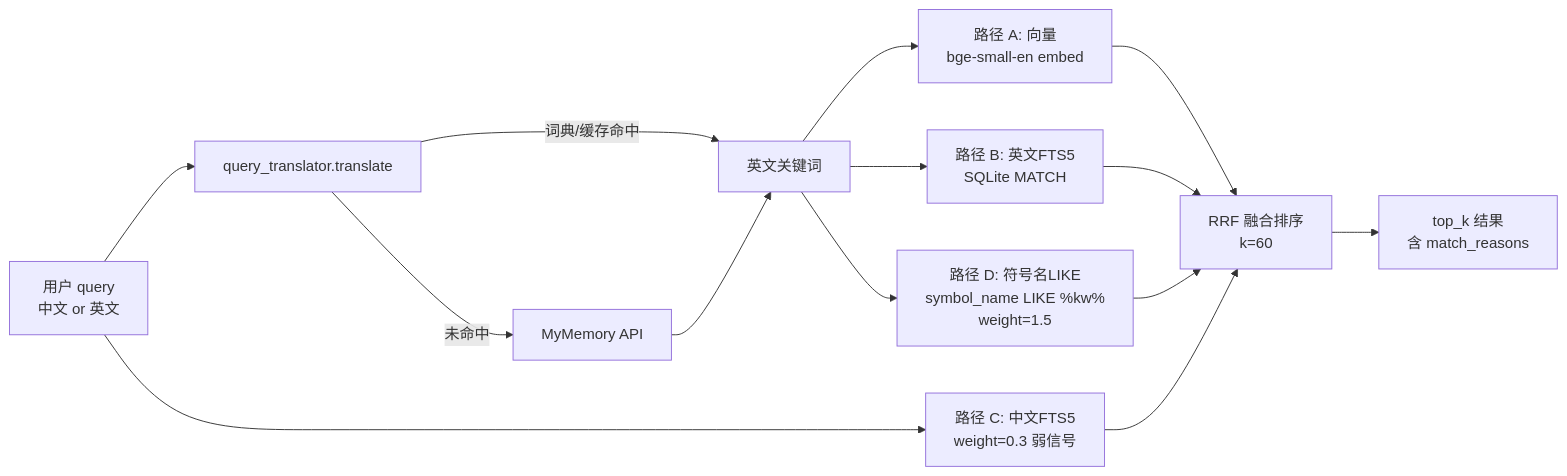
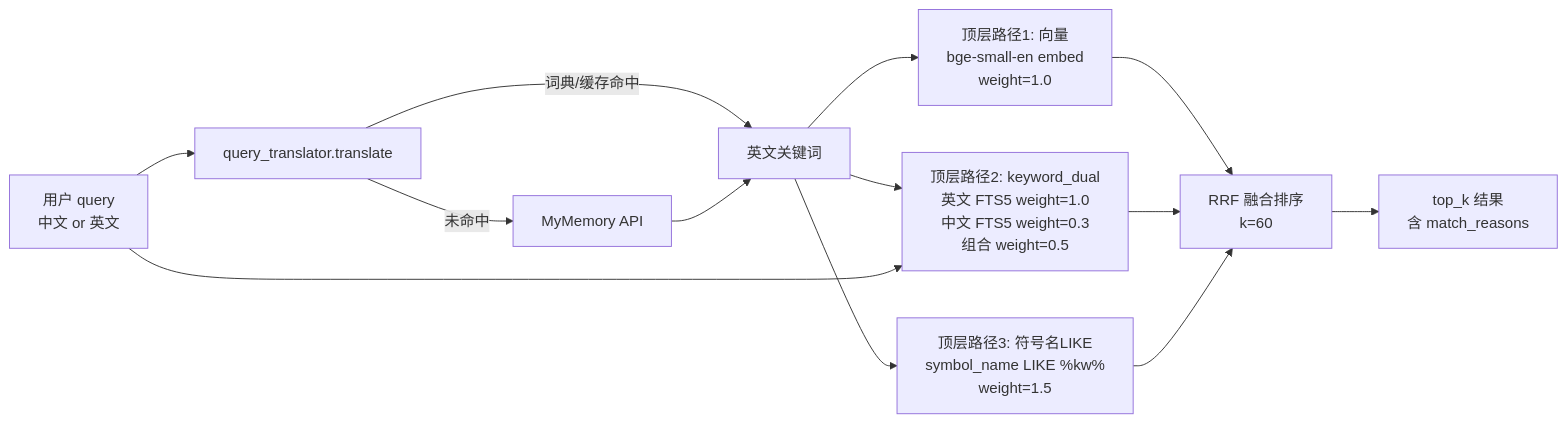
The second of 5 diagrams in docs/superpowers/specs/2026-06-12-arch-tab-design.md (chengliuAres/LLM-knowledge-base), drawn with Mermaid before and after one commit. The commit also changed other lines of this file, not shown here.

````diff
--- a/docs/superpowers/specs/2026-06-12-arch-tab-design.md
+++ b/docs/superpowers/specs/2026-06-12-arch-tab-design.md
@@ -149,16 +152,17 @@
 ```mermaid
 flowchart LR
     Q[用户 query<br/>中文 or 英文] --> T[query_translator.translate]
     T -->|词典/缓存命中| KW[英文关键词]
     T -->|未命中| T2[MyMemory API]
     T2 --> KW
-    KW --> A[路径 A: 向量<br/>bge-small-en embed]
-    KW --> B[路径 B: 英文FTS5<br/>SQLite MATCH]
-    Q --> C[路径 C: 中文FTS5<br/>weight=0.3 弱信号]
-    KW --> D[路径 D: 符号名LIKE<br/>symbol_name LIKE %kw%<br/>weight=1.5]
-    A --> R[RRF 融合排序<br/>k=60]
-    B --> R
-    C --> R
-    D --> R
+
+    KW --> P1[顶层路径1: 向量<br/>bge-small-en embed<br/>weight=1.0]
+    KW --> P2[顶层路径2: keyword_dual<br/>英文 FTS5 weight=1.0<br/>中文 FTS5 weight=0.3<br/>组合 weight=0.5]
+    Q --> P2
+    KW --> P3[顶层路径3: 符号名LIKE<br/>symbol_name LIKE %kw%<br/>weight=1.5]
+
+    P1 --> R[RRF 融合排序<br/>k=60]
+    P2 --> R
+    P3 --> R
     R --> O[top_k 结果<br/>含 match_reasons]
 ```
````
